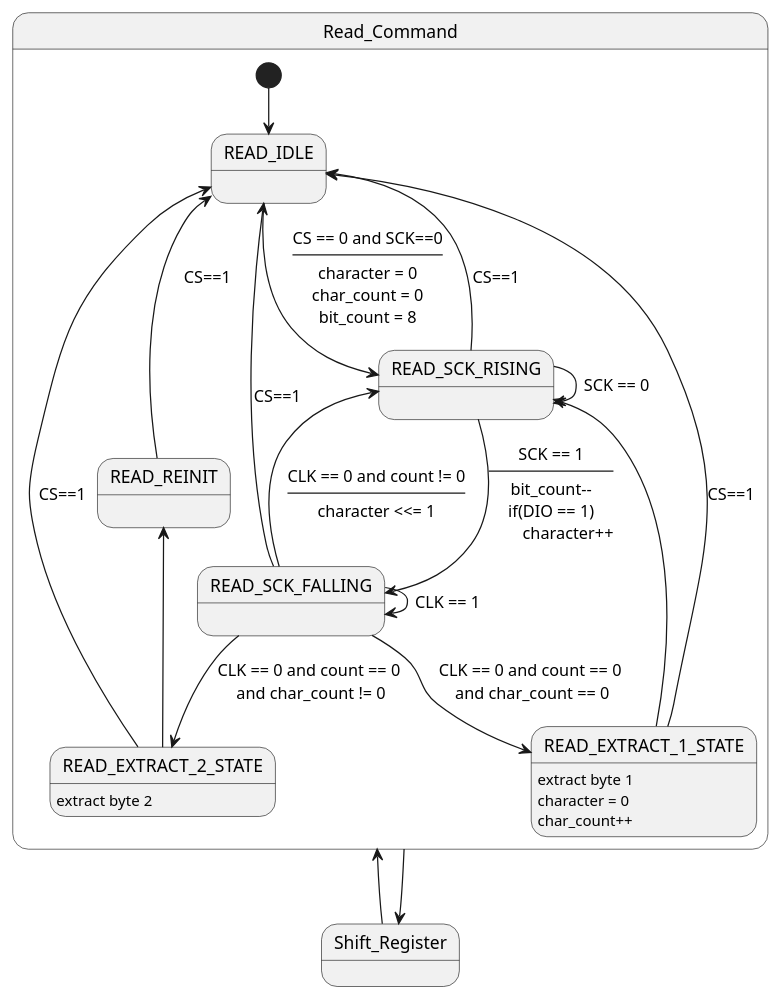
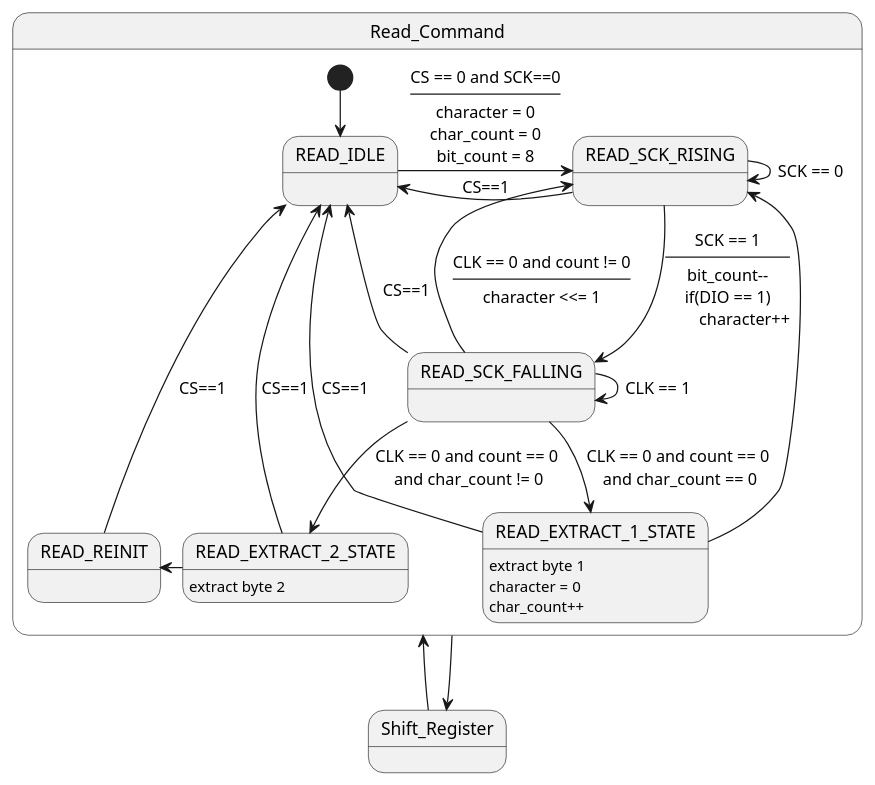
The diagram in documents/images/read_command_state.plantuml (pimium/ltd5250_4digit_asm), drawn with PlantUML before and after one commit. The commit also changed 3 other files, not shown here.

Commit message:
update plantuml files

```diff
--- a/documents/images/read_command_state.plantuml
+++ b/documents/images/read_command_state.plantuml
@@ -1,43 +1,43 @@
 @startuml
 'scale 700 width
 'scale 550 height
 
 Shift_Register -u-> Read_Command
 Read_Command -d-> Shift_Register
 
 state Read_Command {
 
 READ_IDLE    :
 READ_SCK_RISING :
 READ_SCK_FALLING  :
 READ_EXTRACT_1_STATE : extract byte 1\ncharacter = 0\nchar_count++
 READ_EXTRACT_2_STATE : extract byte 2
 READ_REINIT  :
 
 [*] --> READ_IDLE
 
-READ_IDLE -d-> READ_SCK_RISING : CS == 0 and SCK==0\n----\ncharacter = 0\nchar_count = 0\nbit_count = 8
+READ_IDLE --r-> READ_SCK_RISING : CS == 0 and SCK==0\n----\ncharacter = 0\nchar_count = 0\nbit_count = 8
 
 READ_SCK_RISING -d-> READ_SCK_FALLING : SCK == 1\n----\nbit_count--\nif(DIO == 1)\n\tcharacter++
-READ_SCK_RISING -u-> READ_IDLE : CS==1
-READ_SCK_RISING --> READ_SCK_RISING : SCK == 0
+READ_SCK_RISING --l-> READ_IDLE : CS==1
+READ_SCK_RISING -[norank]-> READ_SCK_RISING : SCK == 0
 
 READ_SCK_FALLING --> READ_EXTRACT_1_STATE : CLK == 0 and count == 0 \nand char_count == 0
 READ_SCK_FALLING --> READ_EXTRACT_2_STATE : CLK == 0 and count == 0 \nand char_count != 0
 READ_SCK_FALLING -u-> READ_SCK_RISING : CLK == 0 and count != 0\n----\ncharacter <<= 1
 READ_SCK_FALLING -l-> READ_IDLE : \nCS==1
-READ_SCK_FALLING --> READ_SCK_FALLING : CLK == 1
+READ_SCK_FALLING -[norank]-> READ_SCK_FALLING : CLK == 1
 
 READ_EXTRACT_1_STATE -u-> READ_SCK_RISING
 READ_EXTRACT_1_STATE -u-> READ_IDLE :CS==1
 
-READ_EXTRACT_2_STATE -l-> READ_REINIT
+READ_EXTRACT_2_STATE --l-> READ_REINIT
 READ_EXTRACT_2_STATE -u-> READ_IDLE :CS==1
 
-READ_REINIT -u-> READ_IDLE : CS==1
+READ_REINIT -[norank]u-> READ_IDLE : CS==1
 'READ_REINIT -u-> READ_IDLE : \t
 }
 
 state Shift_Register {
 }
 @enduml
```
